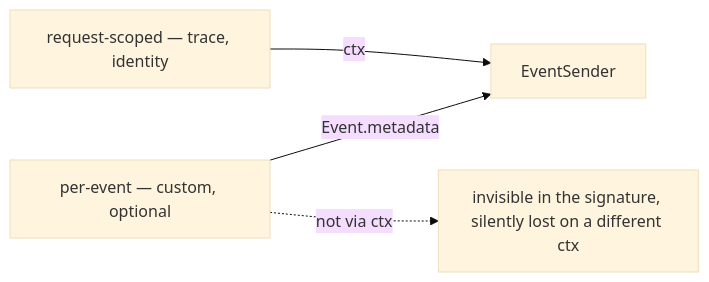
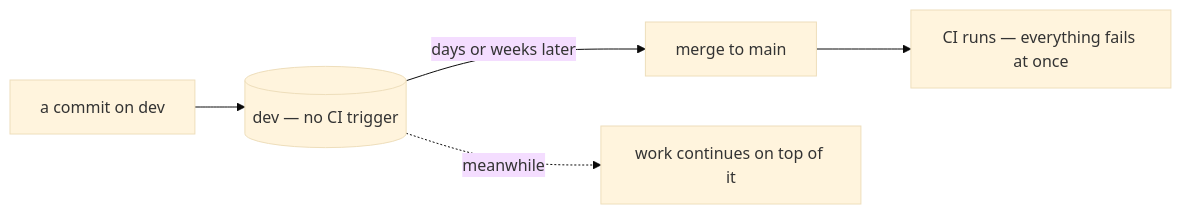
One commit to pdcgo/warehouse_revamp changed diagram 11 of 13 in docs/technical/event_architecture/context_clarify.md. Above: the diagram before and after it, drawn with Mermaid (base theme). The commit also changed other lines of this file and 4 other files, not shown here.

First line of the commit message:
event architecture: eleven decisions, and no open questions left

````diff
--- a/docs/technical/event_architecture/context_clarify.md
+++ b/docs/technical/event_architecture/context_clarify.md
@@ -507,6 +809,7 @@
 ```mermaid
 flowchart LR
-  R["request-scoped — trace, identity"] -->|"ctx"| S["EventSender"]
-  O["per-event — custom, optional"] -->|"Event.metadata"| S
-  O -.->|"not via ctx"| X["invisible in the signature, silently lost on a different ctx"]
+  C["a commit on dev"] --> D[("dev — no CI trigger")]
+  D -->|"days or weeks later"| M["merge to main"]
+  M --> CI["CI runs — everything fails at once"]
+  D -.->|"meanwhile"| P["work continues on top of it"]
 ```
````
